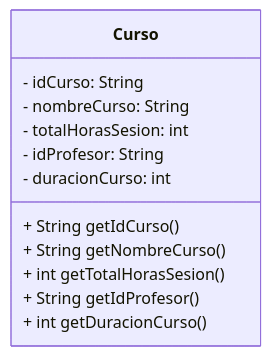
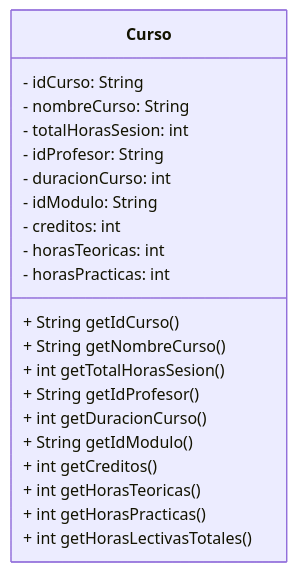
The diagram in docs/models/CursoClass.mmd (Aireck2/take-attendance-java), drawn with Mermaid before and after one commit. The commit also changed 24 other files, not shown here.

```diff
--- a/docs/models/CursoClass.mmd
+++ b/docs/models/CursoClass.mmd
@@ -1,14 +1,23 @@
 classDiagram
     class Curso {
             - idCurso: String 
             - nombreCurso: String 
             - totalHorasSesion: int
             - idProfesor: String
             - duracionCurso: int
-    
+            - idModulo: String
+            - creditos: int
+            - horasTeoricas: int
+            - horasPracticas: int
+
             + String getIdCurso()
             + String getNombreCurso()
             + int getTotalHorasSesion()
             + String getIdProfesor()
             + int getDuracionCurso()
+            + String getIdModulo()
+            + int getCreditos()
+            + int getHorasTeoricas()
+            + int getHorasPracticas()
+            + int getHorasLectivasTotales()
     }
```
